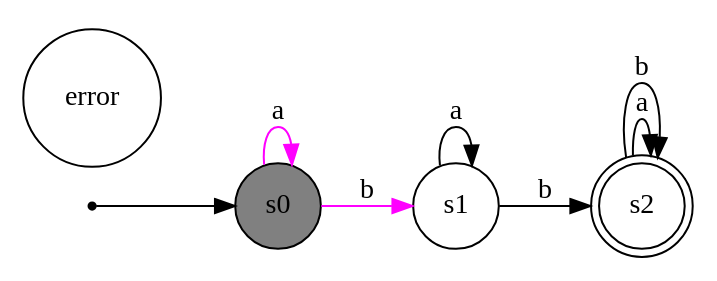
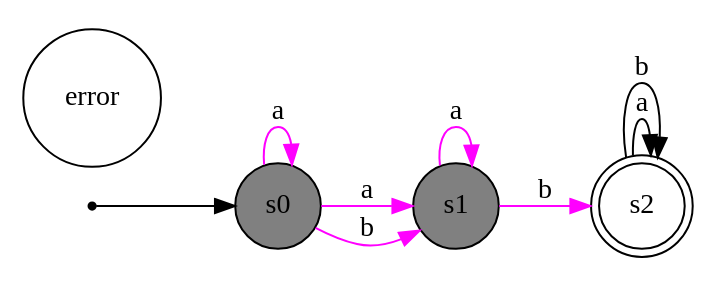
The diagram in dotfiles/arq_1.dot (lukaz-r/AFD-animator), drawn with Graphviz before and after one commit. The commit also changed 19 other files, not shown here.

```diff
--- a/dotfiles/arq_1.dot
+++ b/dotfiles/arq_1.dot
@@ -1,19 +1,21 @@
 digraph maquina_de_estados { 
 	rankdir=LR;
 	size="10"
 	node [shape = doublecircle];
 	s2
 	node [shape = point];
 	p
 	node [shape = circle];
 	error [style=filled, fillcolor=white];
 	p -> s0
 	node [shape = circle];
 	s0[style=filled, fillcolor=gray]
+	s1[style=filled, fillcolor=gray]
 	s0 -> s0[label = "a"][color=magenta];
+	s0 -> s1[label = "a"][color=magenta];
 	s0 -> s1[label = "b"][color=magenta];
-	s1 -> s1[label = "a"][color=black];
-	s1 -> s2[label = "b"][color=black];
+	s1 -> s1[label = "a"][color=magenta];
+	s1 -> s2[label = "b"][color=magenta];
 	s2 -> s2[label = "a"][color=black];
 	s2 -> s2[label = "b"][color=black];
 	}
```
